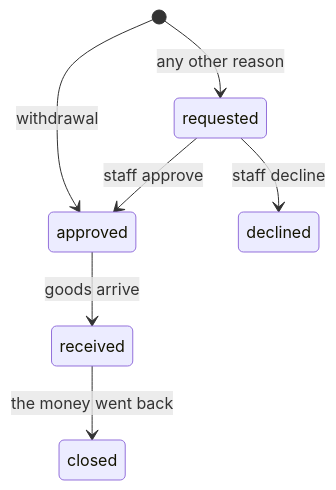
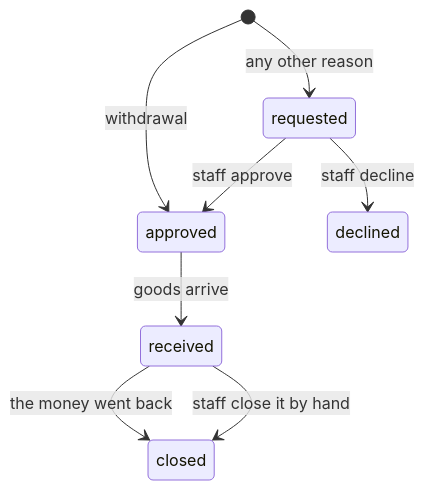
One commit to Guebbit/boilerplate-vue-frontend changed the fourth of 4 diagrams in docs/modules/returns.md. Above: the diagram before and after it, drawn with Mermaid. The commit also changed other lines of this file and 7 other files, not shown here.

First line of the commit message:
feat(returns): let staff close a received return from the queue

````diff
--- a/docs/modules/returns.md
+++ b/docs/modules/returns.md
@@ -117,9 +119,10 @@
 ```mermaid
 stateDiagram-v2
     [*] --> approved: withdrawal
     [*] --> requested: any other reason
     requested --> approved: staff approve
     requested --> declined: staff decline
     approved --> received: goods arrive
     received --> closed: the money went back
+    received --> closed: staff close it by hand
 ```
````
